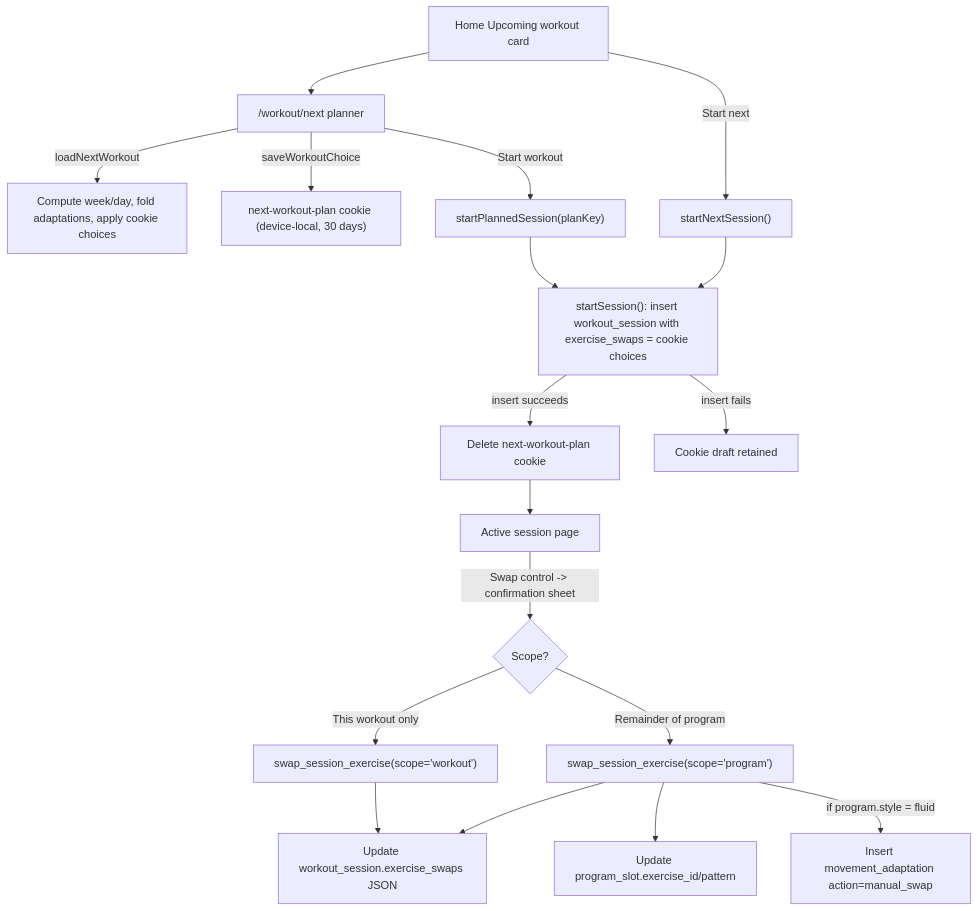
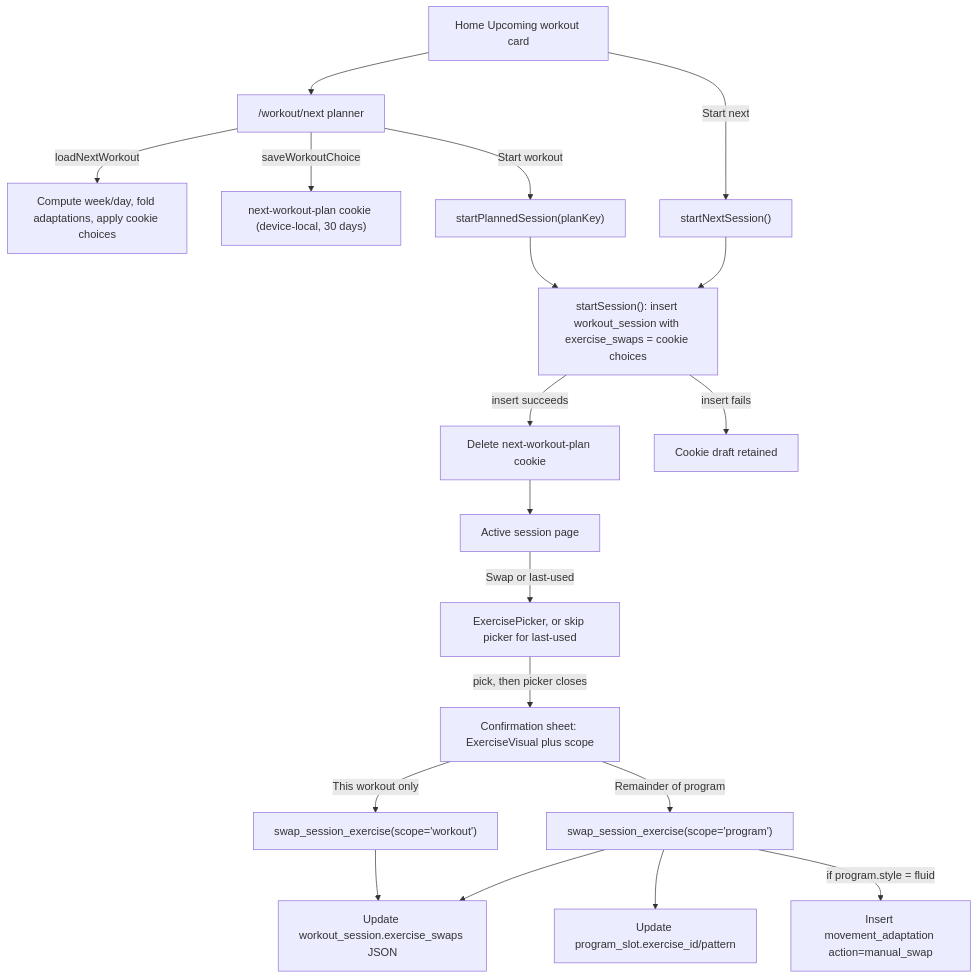
Before and after one commit to jms-dcksn/lifting-app: the diagram in openwiki/workflows/exercise-swap-and-planning.md, drawn with Mermaid. The commit also changed other lines of this file and 40 other files, not shown here.

````diff
--- a/openwiki/workflows/exercise-swap-and-planning.md
+++ b/openwiki/workflows/exercise-swap-and-planning.md
@@ -24,20 +54,21 @@
 ```mermaid
 flowchart TD
     Home["Home Upcoming workout card"] --> Planner["/workout/next planner"]
     Planner -->|"loadNextWorkout"| Compute["Compute week/day, fold adaptations, apply cookie choices"]
     Planner -->|"saveWorkoutChoice"| Cookie["next-workout-plan cookie (device-local, 30 days)"]
     Planner -->|"Start workout"| StartPlanned["startPlannedSession(planKey)"]
     Home -->|"Start next"| StartNext["startNextSession()"]
     StartPlanned --> StartSession["startSession(): insert workout_session with exercise_swaps = cookie choices"]
     StartNext --> StartSession
     StartSession -->|"insert succeeds"| ClearCookie["Delete next-workout-plan cookie"]
     StartSession -->|"insert fails"| KeepCookie["Cookie draft retained"]
     ClearCookie --> Session["Active session page"]
-    Session -->|"Swap control -> confirmation sheet"| SwapScope{"Scope?"}
-    SwapScope -->|"This workout only"| RpcWorkout["swap_session_exercise(scope='workout')"]
-    SwapScope -->|"Remainder of program"| RpcProgram["swap_session_exercise(scope='program')"]
+    Session -->|"Swap or last-used"| Picker["ExercisePicker, or skip picker for last-used"]
+    Picker -->|"pick, then picker closes"| Confirm["Confirmation sheet: ExerciseVisual plus scope"]
+    Confirm -->|"This workout only"| RpcWorkout["swap_session_exercise(scope='workout')"]
+    Confirm -->|"Remainder of program"| RpcProgram["swap_session_exercise(scope='program')"]
     RpcWorkout --> SessionJson["Update workout_session.exercise_swaps JSON"]
     RpcProgram --> SessionJson
     RpcProgram --> SlotUpdate["Update program_slot.exercise_id/pattern"]
     RpcProgram -->|"if program.style = fluid"| ManualSwap["Insert movement_adaptation action=manual_swap"]
 ```
````
